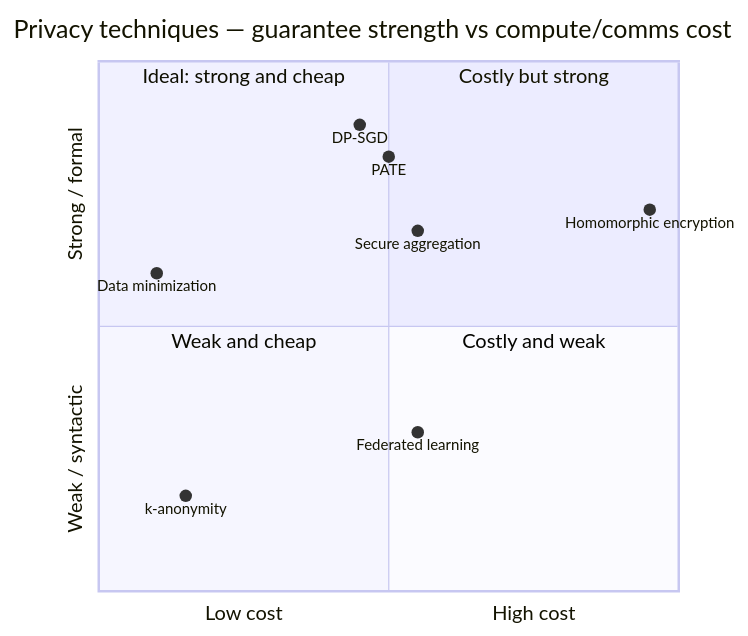
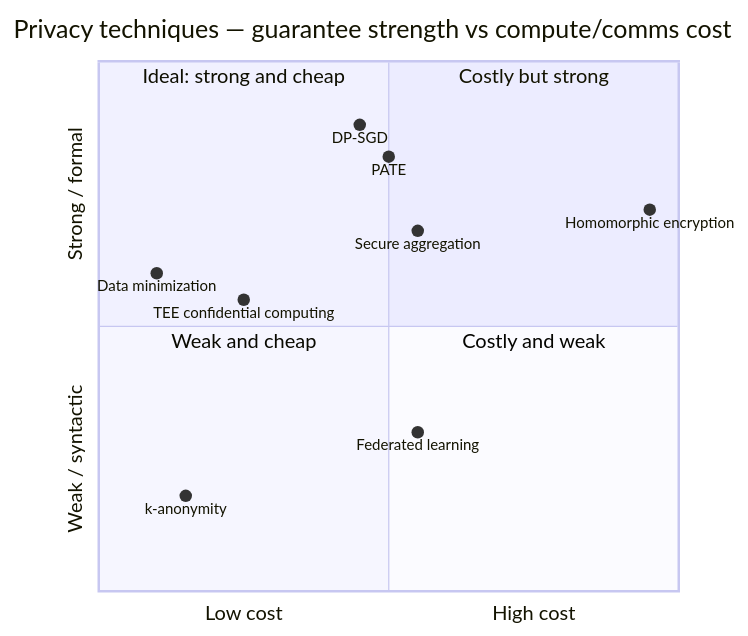
One commit to rppol/system-design changed the sixth of 6 diagrams in src/main/java/com/rutik/systemdesign/ml/privacy_preserving_ml/privacy_preserving_ml.md. Above: the diagram before and after it, drawn with Mermaid. The commit also changed other lines of this file and 655 other files, not shown here.

````diff
--- a/src/main/java/com/rutik/systemdesign/ml/privacy_preserving_ml/privacy_preserving_ml.md
+++ b/src/main/java/com/rutik/systemdesign/ml/privacy_preserving_ml/privacy_preserving_ml.md
@@ -639,17 +653,18 @@
 ```mermaid
 quadrantChart
     title Privacy techniques — guarantee strength vs compute/comms cost
     x-axis "Low cost" --> "High cost"
     y-axis "Weak / syntactic" --> "Strong / formal"
     quadrant-1 "Costly but strong"
     quadrant-2 "Ideal: strong and cheap"
     quadrant-3 "Weak and cheap"
     quadrant-4 "Costly and weak"
     "DP-SGD": [0.45, 0.88]
     "PATE": [0.5, 0.82]
     "Secure aggregation": [0.55, 0.68]
     "Homomorphic encryption": [0.95, 0.72]
     "Federated learning": [0.55, 0.3]
     "k-anonymity": [0.15, 0.18]
     "Data minimization": [0.1, 0.6]
+    "TEE confidential computing": [0.25, 0.55]
 ```
````
